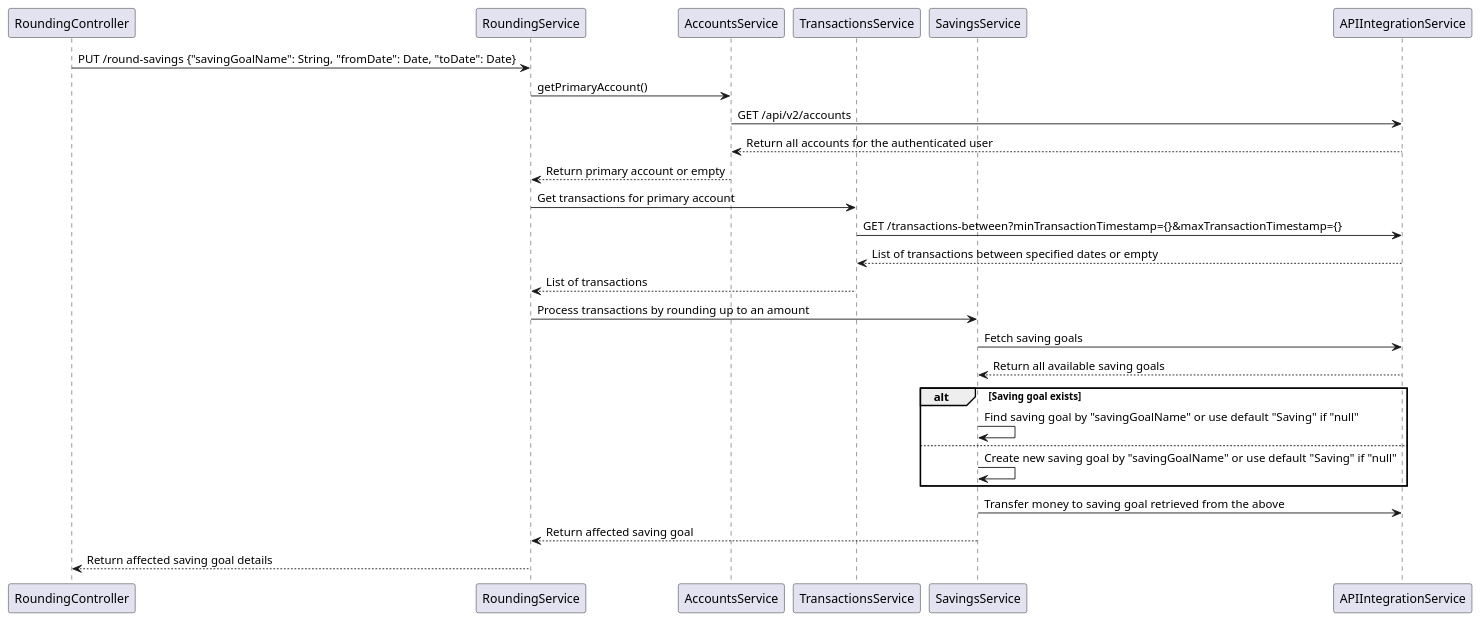
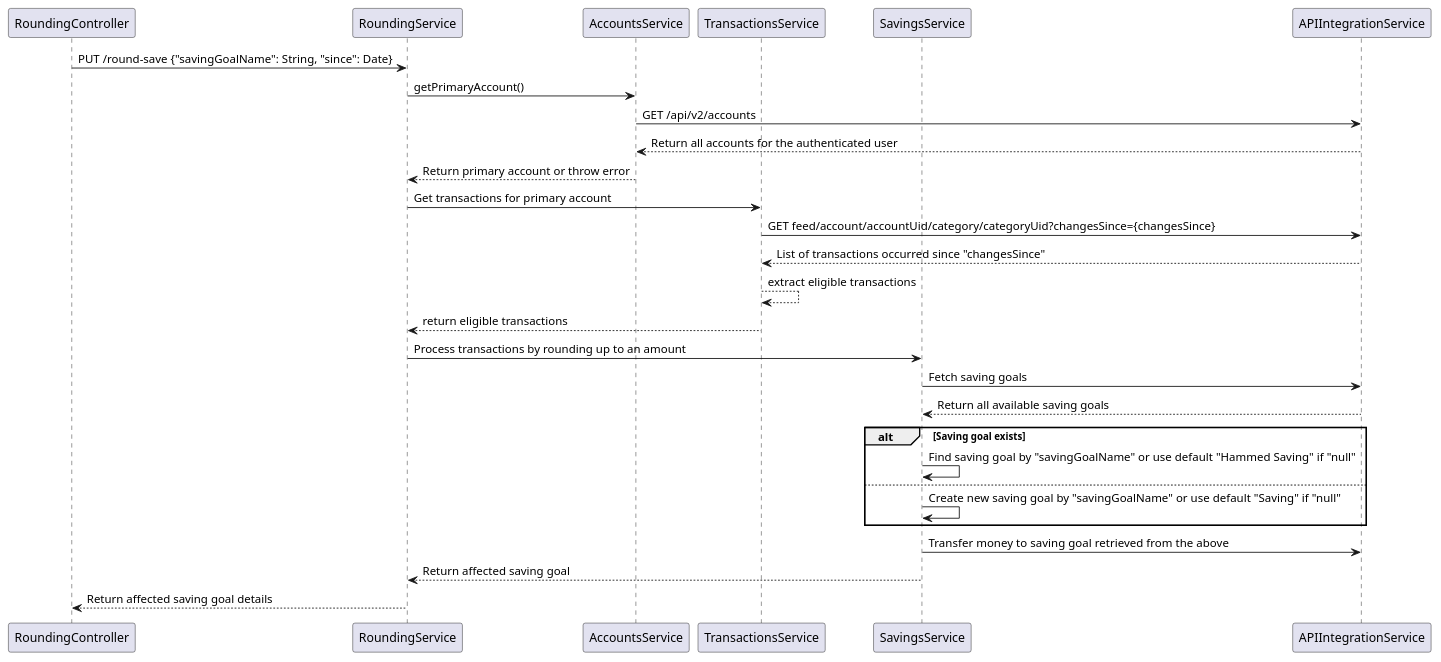
The diagram in flows/roundup_flows.puml (adigunhammedolalekan/challenge), drawn with PlantUML before and after one commit. The commit also changed 1 other file, not shown here.

Commit message:
update flow diagram

```diff
--- a/flows/roundup_flows.puml
+++ b/flows/roundup_flows.puml
@@ -1,34 +1,35 @@
 @startuml
 participant RoundingController
 participant RoundingService
 participant AccountsService
 participant TransactionsService
 participant SavingsService
 participant APIIntegrationService
 
-RoundingController -> RoundingService: PUT /round-savings {"savingGoalName": String, "fromDate": Date, "toDate": Date}
+RoundingController -> RoundingService: PUT /round-save {"savingGoalName": String, "since": Date}
 RoundingService -> AccountsService: getPrimaryAccount()
 AccountsService -> APIIntegrationService: GET /api/v2/accounts
 APIIntegrationService --> AccountsService: Return all accounts for the authenticated user
-AccountsService --> RoundingService: Return primary account or empty
+AccountsService --> RoundingService: Return primary account or throw error
 
 RoundingService -> TransactionsService: Get transactions for primary account
-TransactionsService -> APIIntegrationService: GET /transactions-between?minTransactionTimestamp={}&maxTransactionTimestamp={}
-APIIntegrationService --> TransactionsService: List of transactions between specified dates or empty
-TransactionsService --> RoundingService: List of transactions
+TransactionsService -> APIIntegrationService: GET feed/account/accountUid/category/categoryUid?changesSince={changesSince}
+APIIntegrationService --> TransactionsService: List of transactions occurred since "changesSince"
+TransactionsService --> TransactionsService: extract eligible transactions
+TransactionsService --> RoundingService: return eligible transactions
 
 RoundingService -> SavingsService: Process transactions by rounding up to an amount
 SavingsService -> APIIntegrationService: Fetch saving goals
 APIIntegrationService --> SavingsService: Return all available saving goals
 
 alt Saving goal exists
-    SavingsService -> SavingsService: Find saving goal by "savingGoalName" or use default "Saving" if "null"
+    SavingsService -> SavingsService: Find saving goal by "savingGoalName" or use default "Hammed Saving" if "null"
 else
     SavingsService -> SavingsService: Create new saving goal by "savingGoalName" or use default "Saving" if "null"
 end
 
 SavingsService -> APIIntegrationService: Transfer money to saving goal retrieved from the above
 SavingsService --> RoundingService: Return affected saving goal
 
 RoundingService --> RoundingController: Return affected saving goal details
 @enduml
```
